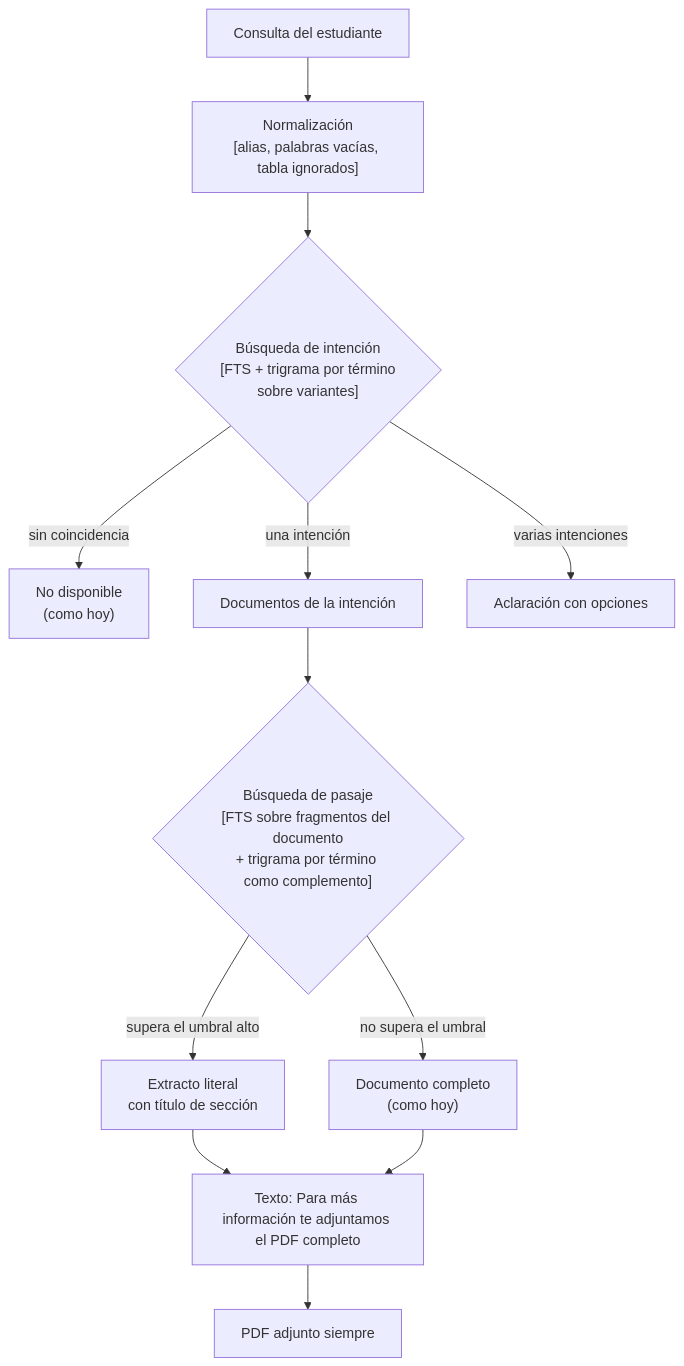
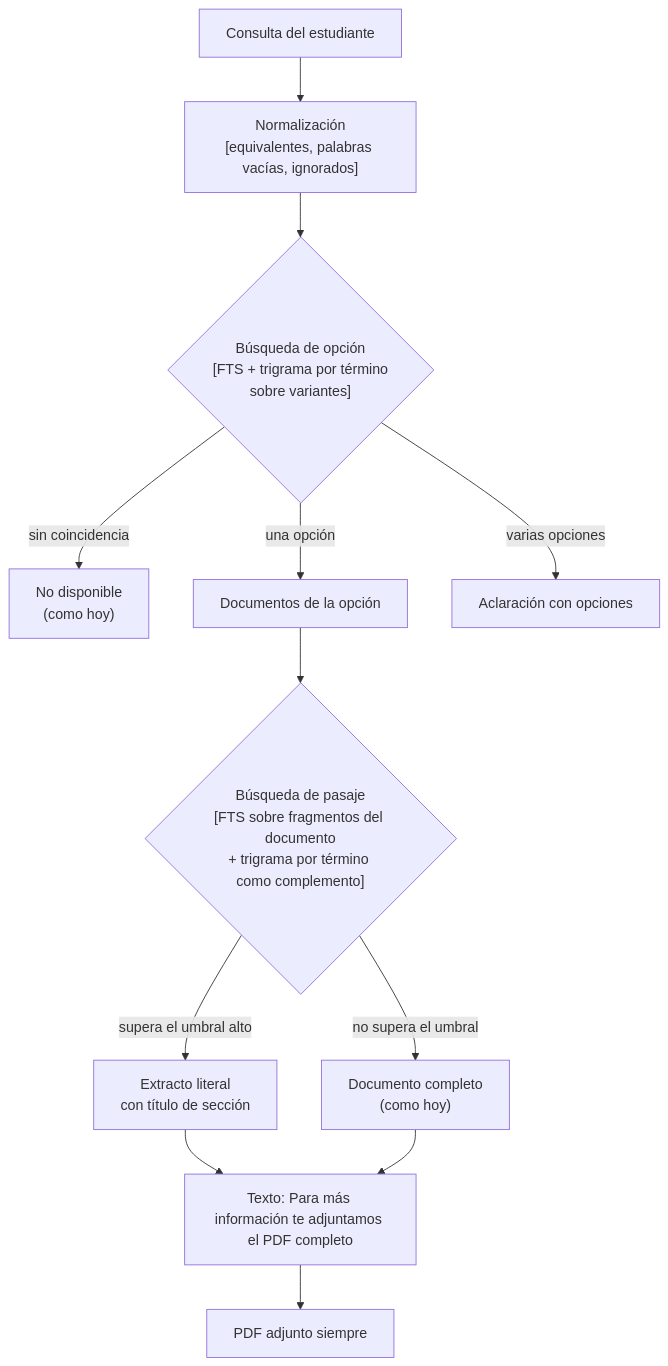
The first of 2 diagrams in docs/desarrollo-e-integracion/08-extractos-de-documentos.md (syntax-software-studio/chatbot-ifts29), drawn with Mermaid before and after one commit. The commit also changed other lines of this file and 11 other files, not shown here.

````diff
--- a/docs/desarrollo-e-integracion/08-extractos-de-documentos.md
+++ b/docs/desarrollo-e-integracion/08-extractos-de-documentos.md
@@ -30,14 +30,14 @@
 ```mermaid
 flowchart TD
-    A["Consulta del estudiante"] --> B["Normalización<br/>[alias, palabras vacías, tabla ignorados]"]
-    B --> C{"Búsqueda de intención<br/>[FTS + trigrama por término<br/>sobre variantes]"}
+    A["Consulta del estudiante"] --> B["Normalización<br/>[equivalentes, palabras vacías, ignorados]"]
+    B --> C{"Búsqueda de opción<br/>[FTS + trigrama por término<br/>sobre variantes]"}
     C -- "sin coincidencia" --> N1["No disponible<br/>(como hoy)"]
-    C -- "una intención" --> D["Documentos de la intención"]
-    C -- "varias intenciones" --> Q["Aclaración con opciones"]
+    C -- "una opción" --> D["Documentos de la opción"]
+    C -- "varias opciones" --> Q["Aclaración con opciones"]
     D --> E{"Búsqueda de pasaje<br/>[FTS sobre fragmentos del documento<br/>+ trigrama por término como complemento]"}
     E -- "supera el umbral alto" --> F["Extracto literal<br/>con título de sección"]
     E -- "no supera el umbral" --> G["Documento completo<br/>(como hoy)"]
     F --> H["Texto: Para más información te adjuntamos el PDF completo"]
     G --> H
     H --> I["PDF adjunto siempre"]
 ```
````
